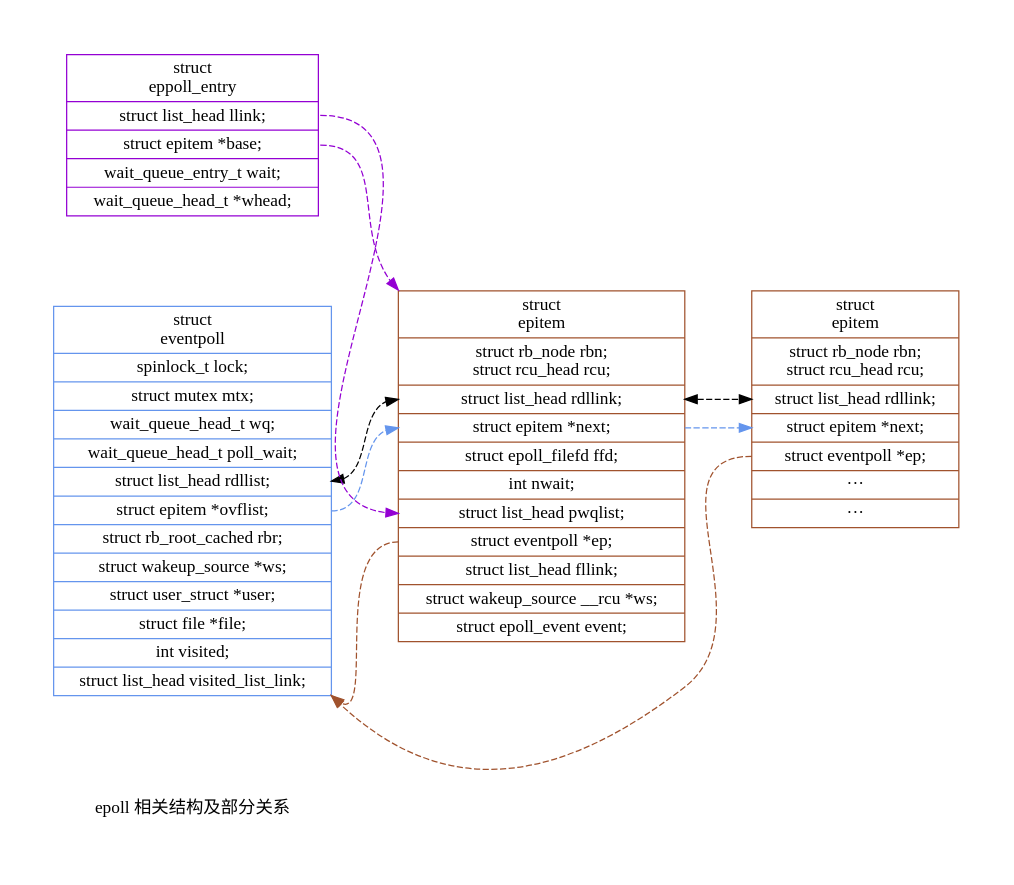
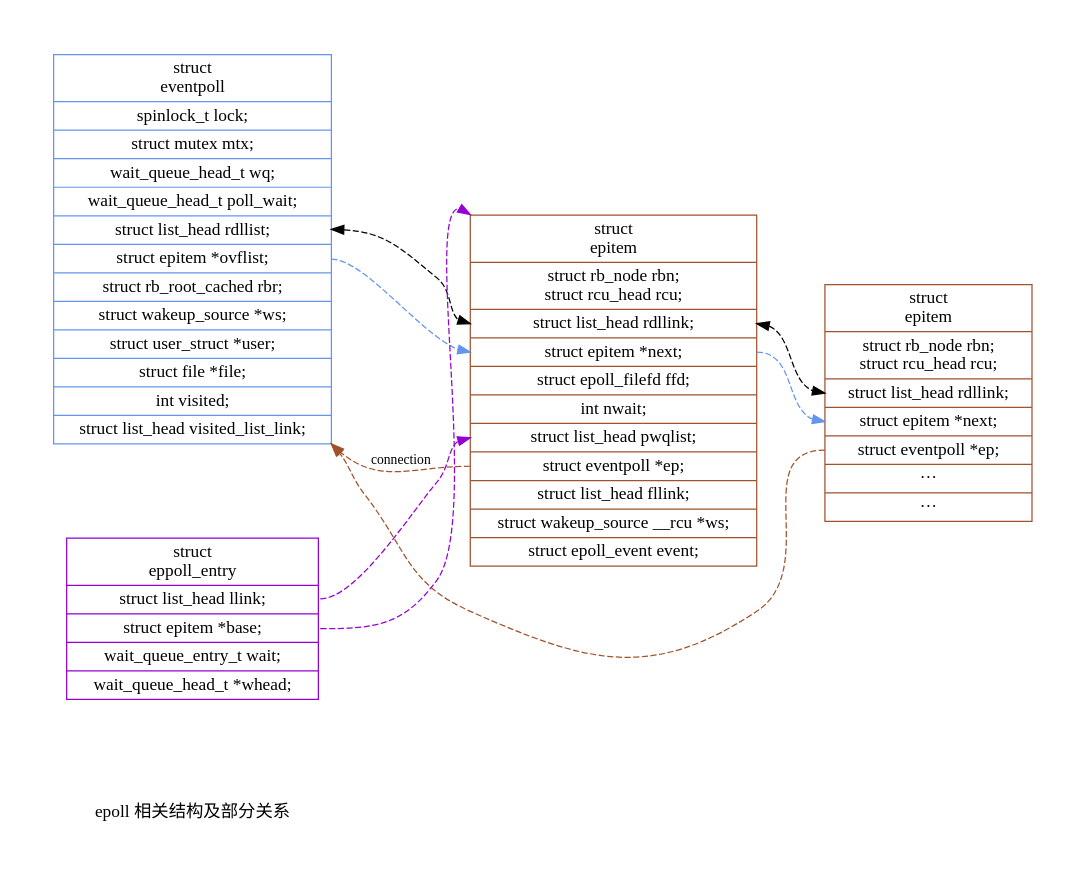
One commit to hthappiness/codebase changed the diagram in graph/epoll.dot. Above: the diagram before and after it, drawn with Graphviz. The commit also changed 35 other files, not shown here.

```diff
--- a/graph/epoll.dot
+++ b/graph/epoll.dot
@@ -1,74 +1,74 @@
 //https://www.cnblogs.com/shuqin/p/11897207.html
 
 digraph rankdot {
 	compound=true
 	margin="0,0"
 	ranksep = .75
 	nodesep = 1
 	pad = .5
 	rankdir = LR
 
 	node [shape=record, charset = "UTF-8" fontname="Microsoft YaHei", fontsize=14]
 	edge [style = dashed, charset = "UTF-8" fontname="Microsoft YaHei", fontsize=11]
 
 	epoll [shape = plaintext, label = "epoll 相关结构及部分关系"]
 
 	eventpoll [
 		color = cornflowerblue,
 		label = "<eventpoll> struct \n eventpoll |
 			<lock> spinlock_t lock; |
 			<mutex> struct mutex mtx; |
 			<wq> wait_queue_head_t wq; |
 			<poll_wait> wait_queue_head_t poll_wait; |
 			<rdllist> struct list_head rdllist; |
 			<ovflist> struct epitem *ovflist; |
 			<rbr> struct rb_root_cached rbr; |
 			<ws> struct wakeup_source *ws; |
 			<user> struct user_struct *user; |
 			<file> struct file *file; |
 			<visited> int visited; |
 			<visited_list_link> struct list_head visited_list_link;"
 	]
 
 	epitem [
 		color = sienna,
 		label = "<epitem> struct \n epitem  |
 			<rb>struct rb_node rbn;\nstruct rcu_head rcu; |
 			<rdllink> struct list_head rdllink; |
 			<next> struct epitem *next; |
 			<ffd> struct epoll_filefd ffd; |
 			<nwait> int nwait; |
 			<pwqlist> struct list_head pwqlist; |
 			<ep> struct eventpoll *ep; |
 			<fllink> struct list_head fllink; |
 			<ws> struct wakeup_source __rcu *ws; |
 			<event> struct epoll_event event;"
 	]
 
 	epitem2 [
 		color = sienna,
 		label = "<epitem> struct \n epitem |
 			<rb>struct rb_node rbn;\nstruct rcu_head rcu; |
 			<rdllink> struct list_head rdllink; |
 			<next> struct epitem *next; |
 			<ep> struct eventpoll *ep; |
 			 ··· |
 			 ··· "
 	]
 
 	eppoll_entry [
 		color = darkviolet,
 		label = "<entry> struct \n eppoll_entry |
 			<llink> struct list_head llink; |
 			<base> struct epitem *base; |
 			<wait> wait_queue_entry_t wait; |
 			<whead> wait_queue_head_t *whead;"
 	]
 
-	epitem:ep -> eventpoll:se [color = sienna]
+	epitem:ep -> eventpoll:se [color = sienna, label="connection"]
 	epitem2:ep -> eventpoll:se [color = sienna]
 	eventpoll:ovflist -> epitem:next -> epitem2:next [color = cornflowerblue]
 	eventpoll:rdllist -> epitem:rdllink -> epitem2:rdllink [dir = both]
 	eppoll_entry:llink -> epitem:pwqlist [color = darkviolet]
 	eppoll_entry:base -> epitem:nw  [color = darkviolet]
 }
```
